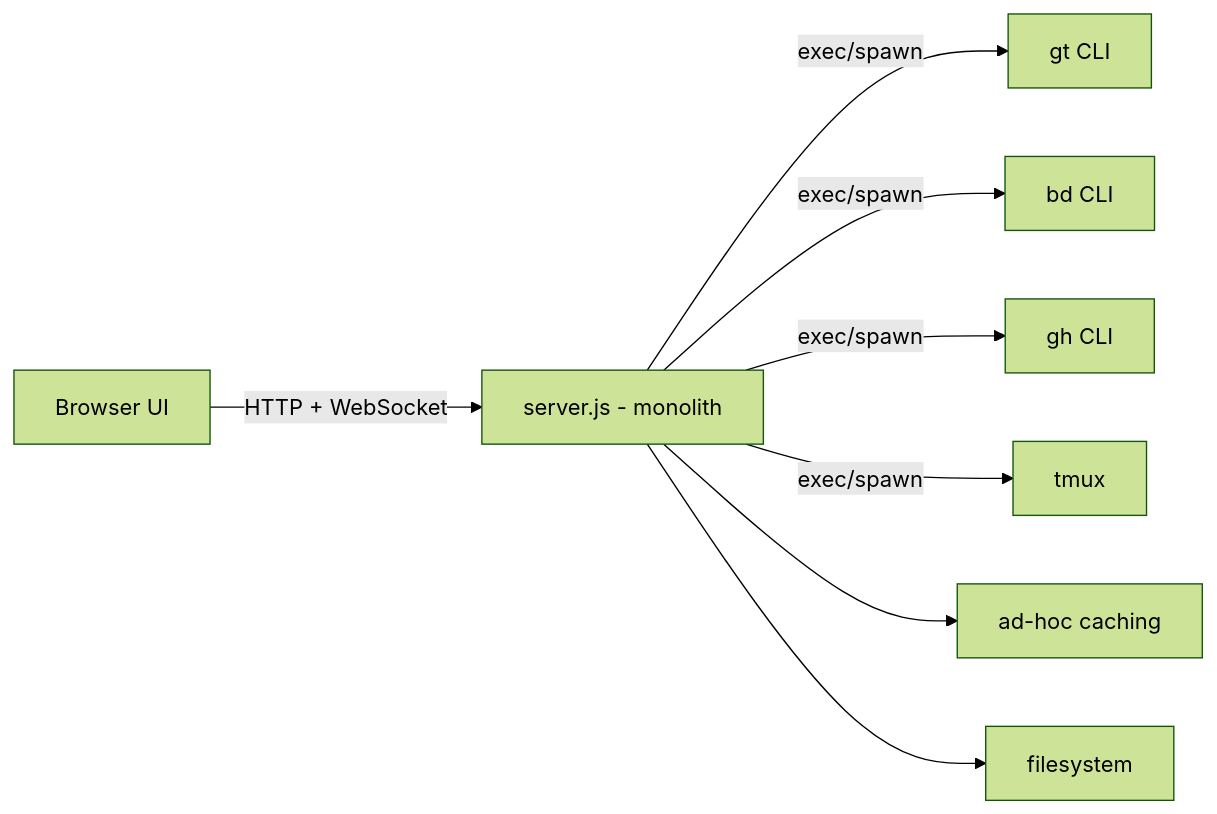
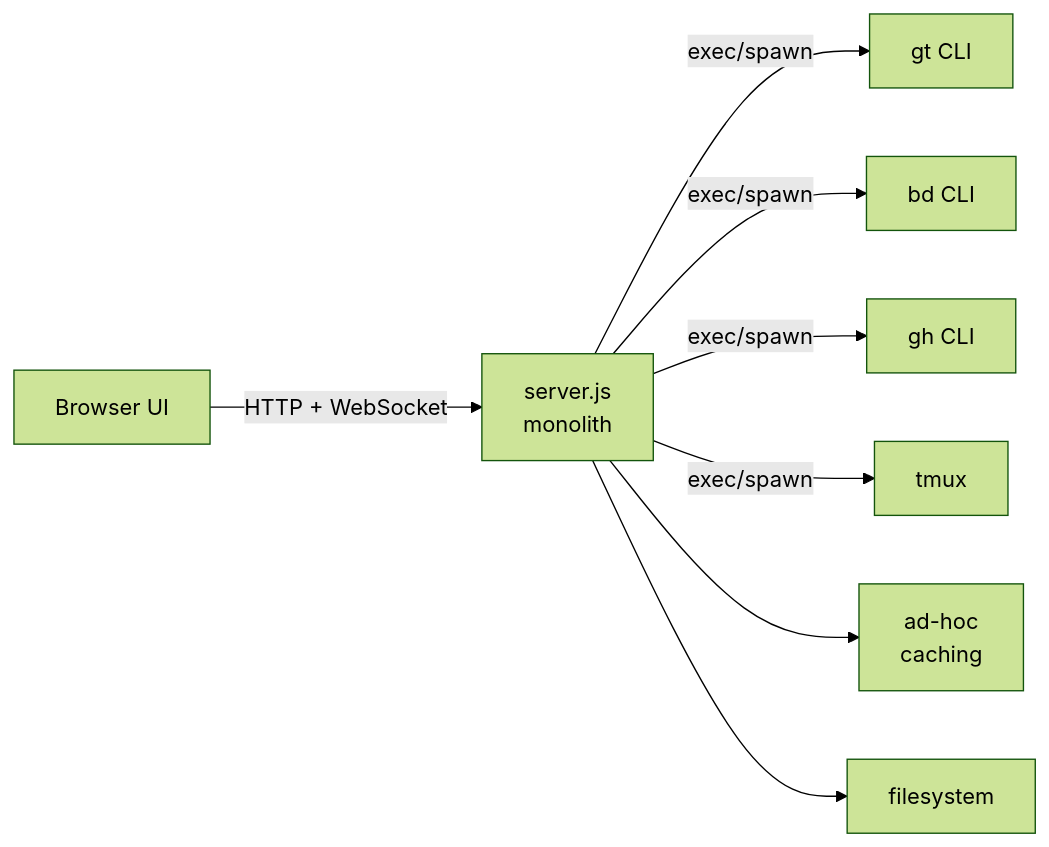
The first of 2 diagrams in refactoring-analysis/10-REFACTOR-SUMMARY.md (Soothemysoul/gastown-gui), drawn with Mermaid (forest theme) before and after one commit. The commit also changed other lines of this file and 1 other file, not shown here.

Commit message:
docs(refactor): refresh report, stats, and diagrams

````diff
--- a/refactoring-analysis/10-REFACTOR-SUMMARY.md
+++ b/refactoring-analysis/10-REFACTOR-SUMMARY.md
@@ -40,10 +40,10 @@
 ```mermaid
 flowchart LR
-  Browser[Browser UI] -->|HTTP + WebSocket| Monolith[server.js - monolith]
+  Browser[Browser UI] -->|HTTP + WebSocket| Monolith["server.js<br/>monolith"]
   Monolith -->|exec/spawn| GT[gt CLI]
   Monolith -->|exec/spawn| BD[bd CLI]
   Monolith -->|exec/spawn| GH[gh CLI]
   Monolith -->|exec/spawn| TM[tmux]
-  Monolith --> Cache[ad-hoc caching]
+  Monolith --> Cache["ad-hoc<br/>caching"]
   Monolith --> FS[filesystem]
 ```
````
